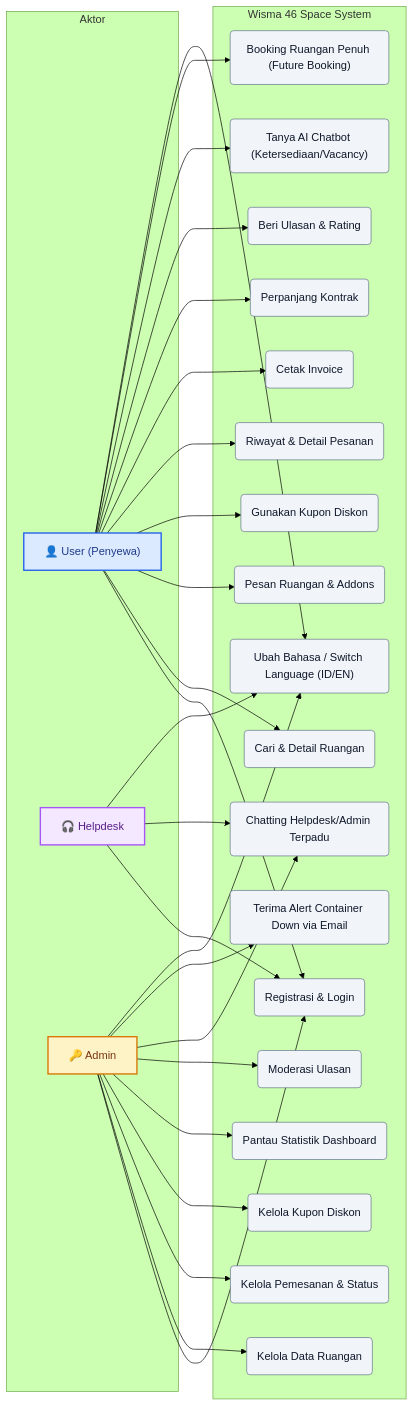
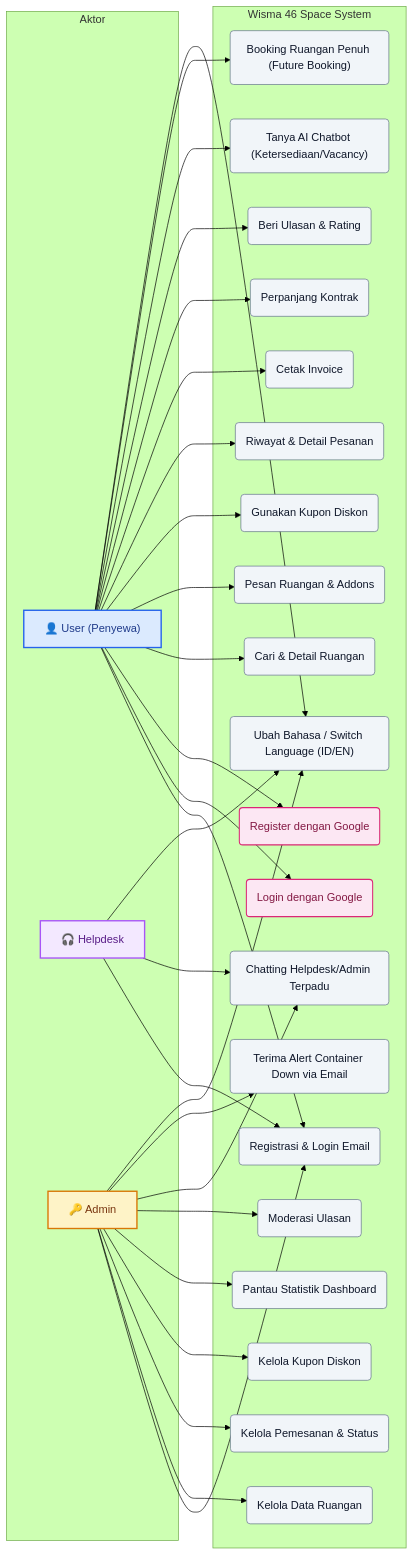
One commit to Fdlnahmd/w46space changed the first of 5 diagrams in docs/diagram_arsitektur.md. Above: the diagram before and after it, drawn with Mermaid (forest theme). The commit also changed other lines of this file and 17 other files, not shown here.

Commit message:
feat: integrate Google OAuth for login and register with database migration and docker build args

````diff
--- a/docs/diagram_arsitektur.md
+++ b/docs/diagram_arsitektur.md
@@ -13,64 +13,71 @@
 ```mermaid
 graph LR
     subgraph Aktor
         U["👤 User (Penyewa)"]
         H["🎧 Helpdesk"]
         A["🔑 Admin"]
     end
 
     subgraph "Wisma 46 Space System"
-        UC1("Registrasi & Login")
+        UC1("Registrasi & Login Email")
+        UC19("Login dengan Google")
+        UC20("Register dengan Google")
         UC2("Cari & Detail Ruangan")
         UC3("Pesan Ruangan & Addons")
         UC4("Gunakan Kupon Diskon")
         UC5("Riwayat & Detail Pesanan")
         UC6("Cetak Invoice")
         UC7("Perpanjang Kontrak")
         UC8("Beri Ulasan & Rating")
         UC14("Tanya AI Chatbot (Ketersediaan/Vacancy)")
         UC15("Booking Ruangan Penuh (Future Booking)")
-        
+
         UC9("Kelola Data Ruangan")
         UC10("Kelola Pemesanan & Status")
         UC11("Kelola Kupon Diskon")
         UC12("Pantau Statistik Dashboard")
         UC13("Moderasi Ulasan")
         UC16("Chatting Helpdesk/Admin Terpadu")
         UC17("Terima Alert Container Down via Email")
         UC18("Ubah Bahasa / Switch Language (ID/EN)")
     end
 
     U --> UC1
+    U --> UC19
+    U --> UC20
     U --> UC2
     U --> UC3
     U --> UC4
     U --> UC5
     U --> UC6
     U --> UC7
     U --> UC8
     U --> UC14
     U --> UC15
     U --> UC18
 
     H --> UC1
     H --> UC16
     H --> UC18
 
     A --> UC1
     A --> UC9
     A --> UC10
     A --> UC11
     A --> UC12
     A --> UC13
     A --> UC16
     A --> UC17
     A --> UC18
 
     %% Styling
     style U fill:#dbeafe,stroke:#2563eb,stroke-width:2px,color:#1e3a8a
     style H fill:#f3e8ff,stroke:#a855f7,stroke-width:2px,color:#581c87
     style A fill:#fef3c7,stroke:#d97706,stroke-width:2px,color:#78350f
-    
+
     classDef usecase fill:#f1f5f9,stroke:#64748b,stroke-width:1px,color:#0f172a
-    class UC1,UC2,UC3,UC4,UC5,UC6,UC7,UC8,UC9,UC10,UC11,UC12,UC13,UC14,UC15,UC16,UC17,UC18 usecase
+    class UC1,UC2,UC3,UC4,UC5,UC6,UC7,UC8,UC9,UC10,UC11,UC12,UC13,UC14,UC15,UC16,UC17,UC18,UC19,UC20 usecase
+
+    classDef googleUC fill:#fce7f3,stroke:#db2777,stroke-width:1.5px,color:#831843
+    class UC19,UC20 googleUC
 ```
````
